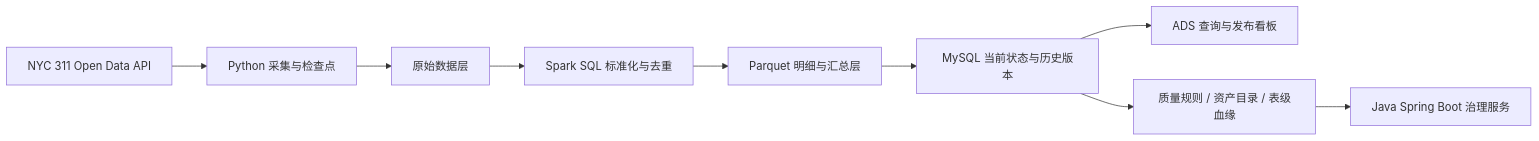
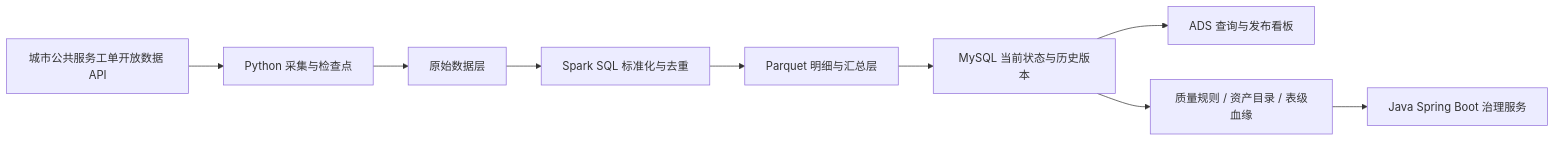
One commit to liminzhao662-cpu/city-service-data-warehouse changed the diagram in README.md. Above: the diagram before and after it, drawn with Mermaid. The commit also changed other lines of this file and 1 other file, not shown here.

````diff
--- a/README.md
+++ b/README.md
@@ -18,11 +20,11 @@
 ```mermaid
 flowchart LR
-    A[NYC 311 Open Data API] --> B[Python 采集与检查点]
+    A[城市公共服务工单开放数据 API] --> B[Python 采集与检查点]
     B --> C[原始数据层]
     C --> D[Spark SQL 标准化与去重]
     D --> E[Parquet 明细与汇总层]
     E --> F[MySQL 当前状态与历史版本]
     F --> G[ADS 查询与发布看板]
     F --> H[质量规则 / 资产目录 / 表级血缘]
     H --> I[Java Spring Boot 治理服务]
 ```
````
